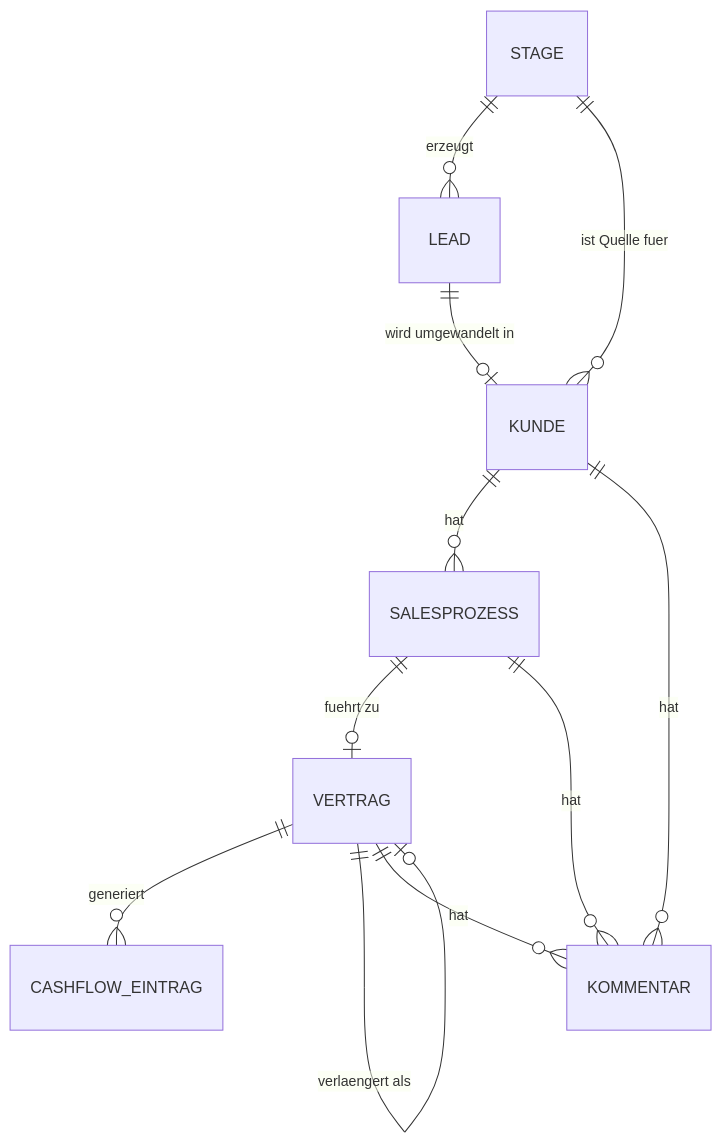
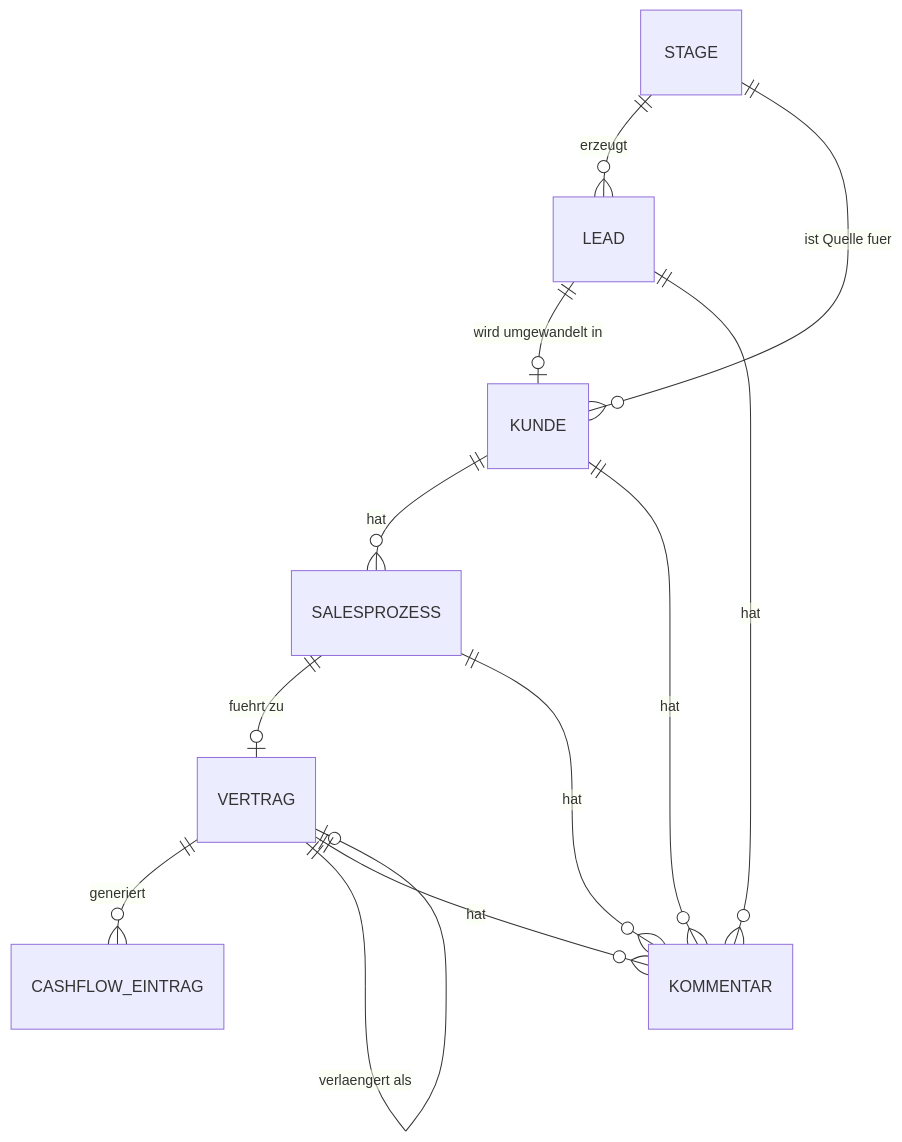
One commit to vr33ni-dev/annalanah-sales-assistant-go changed the fifth of 5 diagrams in docs/walkthrough_german.md. Above: the diagram before and after it, drawn with Mermaid. The commit also changed other lines of this file, not shown here.

````diff
--- a/docs/walkthrough_german.md
+++ b/docs/walkthrough_german.md
@@ -232,13 +241,14 @@
 ```mermaid
 erDiagram
     STAGE ||--o{ LEAD : "erzeugt"
     STAGE ||--o{ KUNDE : "ist Quelle fuer"
     LEAD ||--o| KUNDE : "wird umgewandelt in"
     KUNDE ||--o{ SALESPROZESS : "hat"
     SALESPROZESS ||--o| VERTRAG : "fuehrt zu"
     VERTRAG ||--o{ CASHFLOW_EINTRAG : "generiert"
     VERTRAG ||--o| VERTRAG : "verlaengert als"
+    LEAD ||--o{ KOMMENTAR : "hat"
     KUNDE ||--o{ KOMMENTAR : "hat"
     SALESPROZESS ||--o{ KOMMENTAR : "hat"
     VERTRAG ||--o{ KOMMENTAR : "hat"
 ```
````
